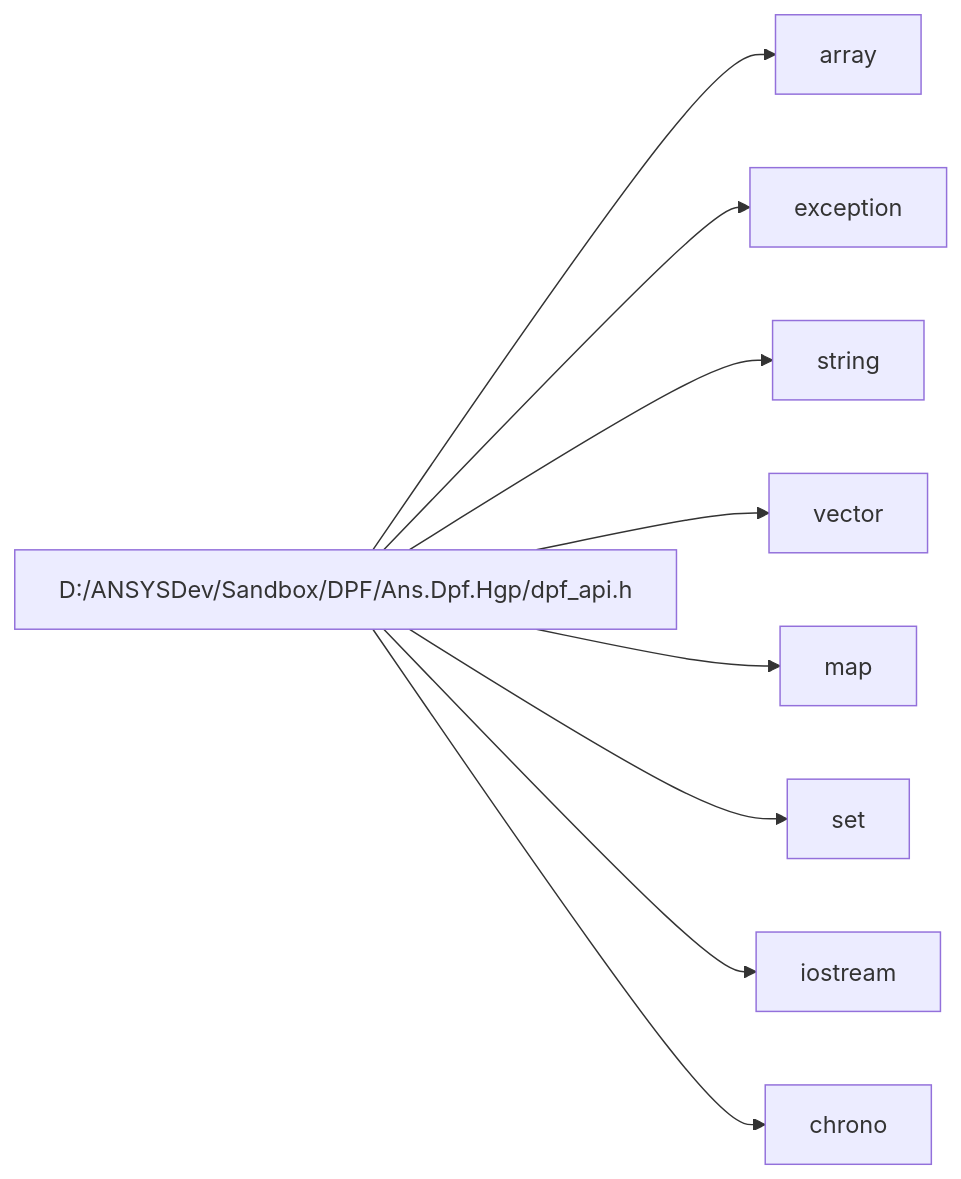
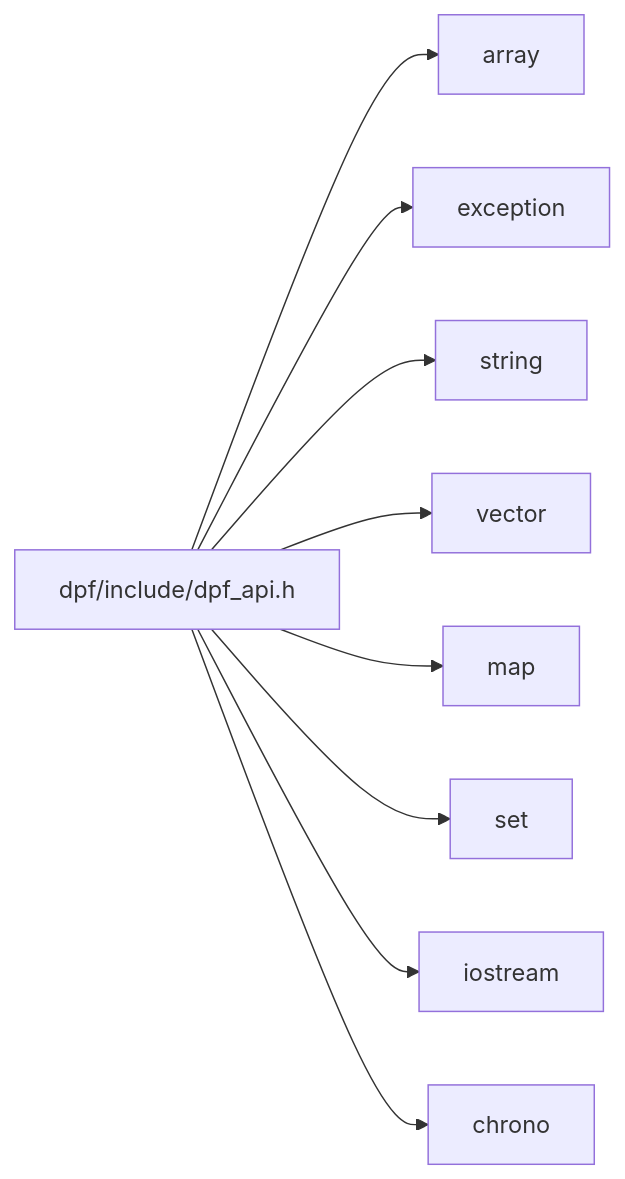
The diagram in 2027R1/dpf-cpp-27-r1/api-reference/dpf-api-h.md (ansys/DevRelDocs), drawn with Mermaid before and after one commit. The commit also changed other lines of this file and 1 other file, not shown here.

Commit message:
Remove asbolute local paths from api-reference

````diff
--- a/2027R1/dpf-cpp-27-r1/api-reference/dpf-api-h.md
+++ b/2027R1/dpf-cpp-27-r1/api-reference/dpf-api-h.md
@@ -134,30 +134,30 @@
 ```mermaid
 graph LR
-1["D:/ANSYSDev/Sandbox/DPF/Ans.Dpf.Hgp/dpf_api.h"]
+1["dpf/include/dpf_api.h"]
 click 1 "dpf__api_8h.md#dpf__api_8h"
 1 --> 2
 1 --> 3
 1 --> 4
 1 --> 5
 1 --> 6
 1 --> 7
 1 --> 8
 1 --> 9
 
 2["array"]
 
 9["chrono"]
 
 3["exception"]
 
 8["iostream"]
 
 6["map"]
 
 7["set"]
 
 4["string"]
 
 5["vector"]
 
 ```
````
